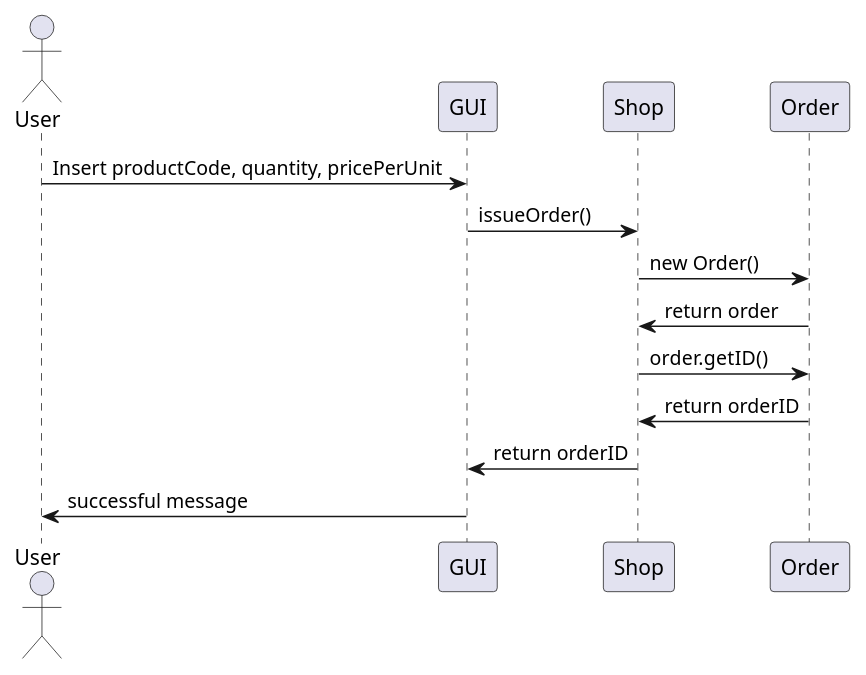
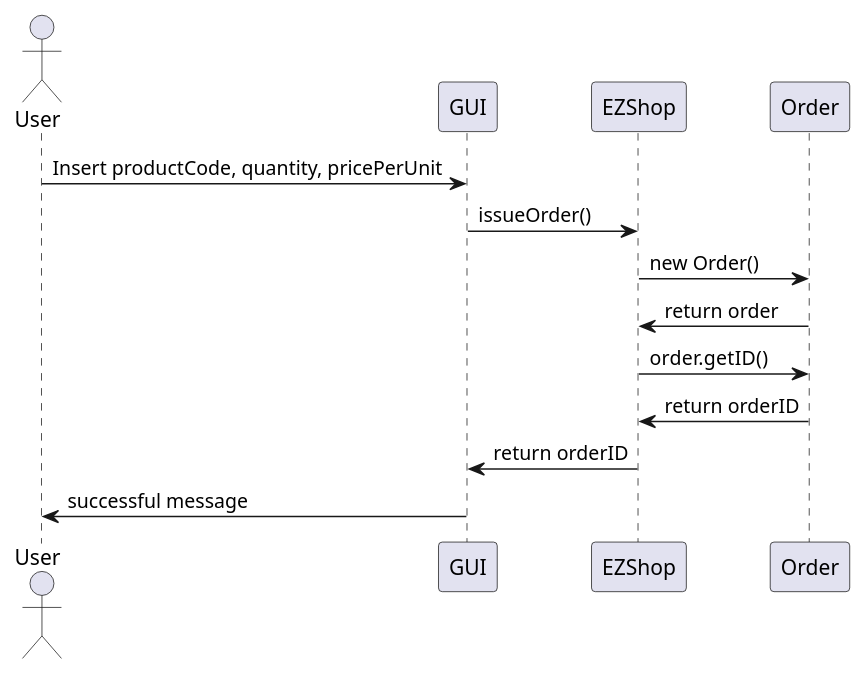
One commit to ThePiromaximus/ezshop changed the eighth of 19 diagrams in Deliverables/DesignDocument.md. Above: the diagram before and after it, drawn with PlantUML. The commit also changed other lines of this file, not shown here.

````diff
--- a/Deliverables/DesignDocument.md
+++ b/Deliverables/DesignDocument.md
@@ -343,13 +359,13 @@
 ```plantuml
 @startuml
 actor User
 User -> GUI: Insert productCode, quantity, pricePerUnit
-GUI -> Shop: issueOrder()
-Shop -> Order: new Order()
-Shop <- Order: return order
-Shop -> Order: order.getID()
-Shop <- Order: return orderID
-GUI <- Shop: return orderID
+GUI -> EZShop: issueOrder()
+EZShop -> Order: new Order()
+EZShop <- Order: return order
+EZShop -> Order: order.getID()
+EZShop <- Order: return orderID
+GUI <- EZShop: return orderID
 User <- GUI: successful message
 @enduml
 ```
````
